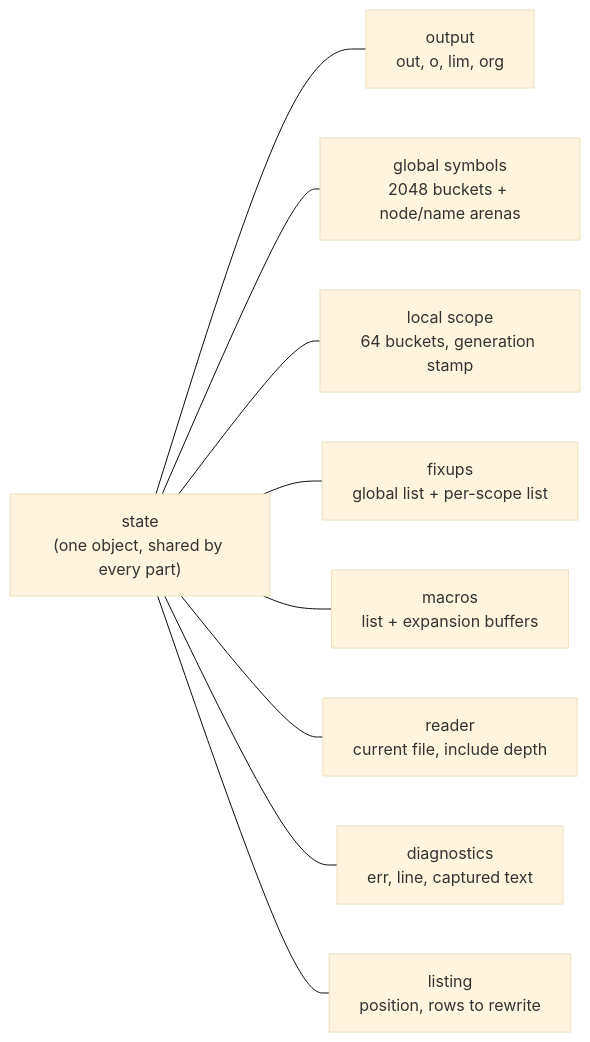
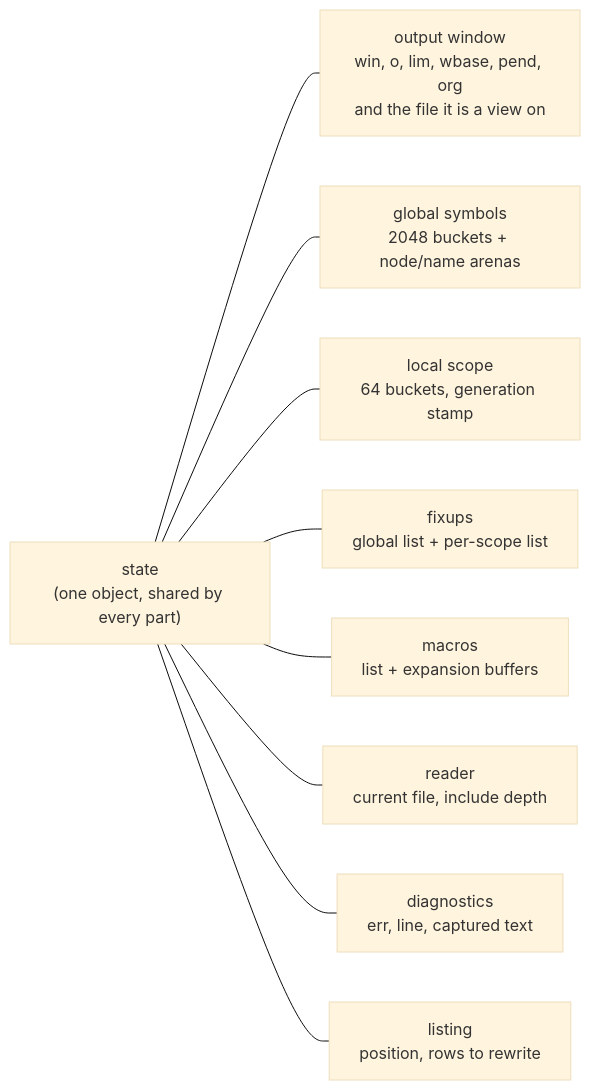
The third of 11 diagrams in docs/DESIGN.md (avalonbits/zap), drawn with Mermaid (base theme) before and after one commit. The commit also changed other lines of this file and 14 other files, not shown here.

````diff
--- a/docs/DESIGN.md
+++ b/docs/DESIGN.md
@@ -157,12 +177,12 @@
 ```mermaid
 flowchart LR
     S["state<br/>(one object, shared by every part)"]
-    S --- O["output<br/>out, o, lim, org"]
+    S --- O["output window<br/>win, o, lim, wbase, pend, org<br/>and the file it is a view on"]
     S --- G["global symbols<br/>2048 buckets + node/name arenas"]
     S --- L["local scope<br/>64 buckets, generation stamp"]
     S --- F["fixups<br/>global list + per-scope list"]
     S --- M["macros<br/>list + expansion buffers"]
     S --- R["reader<br/>current file, include depth"]
     S --- D["diagnostics<br/>err, line, captured text"]
     S --- LS["listing<br/>position, rows to rewrite"]
 ```
````
